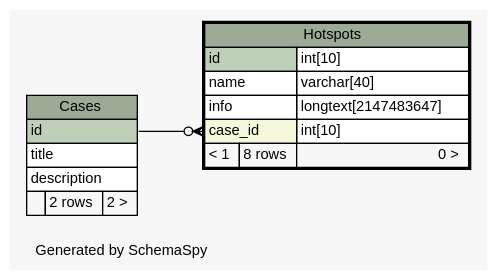
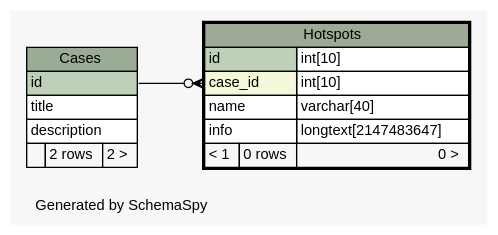
Before and after one commit to carrel2/CaseStudies: the diagram in web/files/schema/diagrams/Hotspots.1degree.dot, drawn with Graphviz. The commit also changed 40 other files, not shown here.

```diff
--- a/web/files/schema/diagrams/Hotspots.1degree.dot
+++ b/web/files/schema/diagrams/Hotspots.1degree.dot
@@ -1,48 +1,48 @@
 // dot 2.38.0 on Linux 4.4.0-59-generic
 // SchemaSpy rev 590
 digraph "oneDegreeRelationshipsDiagram" {
   graph [
     rankdir="RL"
     bgcolor="#f7f7f7"
     label="\nGenerated by SchemaSpy"
     labeljust="l"
     nodesep="0.18"
     ranksep="0.46"
     fontname="Helvetica"
     fontsize="11"
   ];
   node [
     fontname="Helvetica"
     fontsize="11"
     shape="plaintext"
   ];
   edge [
     arrowsize="0.8"
   ];
   "Hotspots":"case_id":w -> "Cases":"id":e [arrowhead=none dir=back arrowtail=crowodot];
   "Cases" [
     label=<
     <TABLE BORDER="0" CELLBORDER="1" CELLSPACING="0" BGCOLOR="#ffffff">
       <TR><TD COLSPAN="3" BGCOLOR="#9bab96" ALIGN="CENTER">Cases</TD></TR>
       <TR><TD PORT="id" COLSPAN="3" BGCOLOR="#bed1b8" ALIGN="LEFT">id</TD></TR>
       <TR><TD PORT="title" COLSPAN="3" ALIGN="LEFT">title</TD></TR>
       <TR><TD PORT="description" COLSPAN="3" ALIGN="LEFT">description</TD></TR>
       <TR><TD ALIGN="LEFT" BGCOLOR="#f7f7f7">  </TD><TD ALIGN="RIGHT" BGCOLOR="#f7f7f7">2 rows</TD><TD ALIGN="RIGHT" BGCOLOR="#f7f7f7">2 &gt;</TD></TR>
     </TABLE>>
     URL="Cases.html"
     tooltip="Cases"
   ];
   "Hotspots" [
     label=<
     <TABLE BORDER="2" CELLBORDER="1" CELLSPACING="0" BGCOLOR="#ffffff">
       <TR><TD COLSPAN="3" BGCOLOR="#9bab96" ALIGN="CENTER">Hotspots</TD></TR>
       <TR><TD PORT="id" COLSPAN="2" BGCOLOR="#bed1b8" ALIGN="LEFT">id</TD><TD PORT="id.type" ALIGN="LEFT">int[10]</TD></TR>
+      <TR><TD PORT="case_id" COLSPAN="2" BGCOLOR="#f4f7da" ALIGN="LEFT">case_id</TD><TD PORT="case_id.type" ALIGN="LEFT">int[10]</TD></TR>
       <TR><TD PORT="name" COLSPAN="2" ALIGN="LEFT">name</TD><TD PORT="name.type" ALIGN="LEFT">varchar[40]</TD></TR>
       <TR><TD PORT="info" COLSPAN="2" ALIGN="LEFT">info</TD><TD PORT="info.type" ALIGN="LEFT">longtext[2147483647]</TD></TR>
-      <TR><TD PORT="case_id" COLSPAN="2" BGCOLOR="#f4f7da" ALIGN="LEFT">case_id</TD><TD PORT="case_id.type" ALIGN="LEFT">int[10]</TD></TR>
-      <TR><TD ALIGN="LEFT" BGCOLOR="#f7f7f7">&lt; 1</TD><TD ALIGN="RIGHT" BGCOLOR="#f7f7f7">8 rows</TD><TD ALIGN="RIGHT" BGCOLOR="#f7f7f7">0 &gt;</TD></TR>
+      <TR><TD ALIGN="LEFT" BGCOLOR="#f7f7f7">&lt; 1</TD><TD ALIGN="RIGHT" BGCOLOR="#f7f7f7">0 rows</TD><TD ALIGN="RIGHT" BGCOLOR="#f7f7f7">0 &gt;</TD></TR>
     </TABLE>>
     URL="Hotspots.html"
     tooltip="Hotspots"
   ];
 }
```
